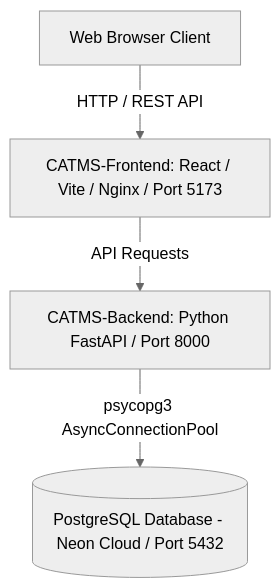
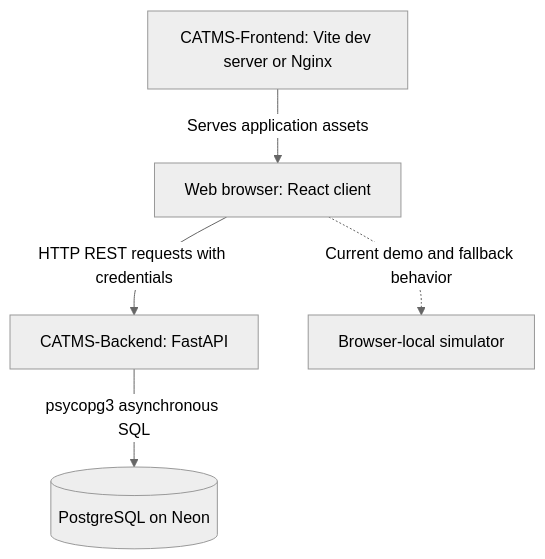
Before and after one commit to datanexus-cs3043/project-docs: the diagram in architecture.md, drawn with Mermaid (neutral theme). The commit also changed other lines of this file and 6 other files, not shown here.

Commit message:
docs: update project documentation and architecture details

````diff
--- a/architecture.md
+++ b/architecture.md
@@ -7,6 +7,7 @@
 ```mermaid
 graph TD
-    Client[Web Browser Client] -->|HTTP / REST API| Frontend[CATMS-Frontend: React / Vite / Nginx / Port 5173]
-    Frontend -->|API Requests| Backend[CATMS-Backend: Python FastAPI / Port 8000]
-    Backend -->|psycopg3 AsyncConnectionPool| Database[(PostgreSQL Database - Neon Cloud / Port 5432)]
+    Frontend[CATMS-Frontend: Vite dev server or Nginx] -->|Serves application assets| Browser[Web browser: React client]
+    Browser -->|HTTP REST requests with credentials| Backend[CATMS-Backend: FastAPI]
+    Backend -->|psycopg3 asynchronous SQL| Database[(PostgreSQL on Neon)]
+    Browser -.->|Current demo and fallback behavior| Local[Browser-local simulator]
 ```
````
